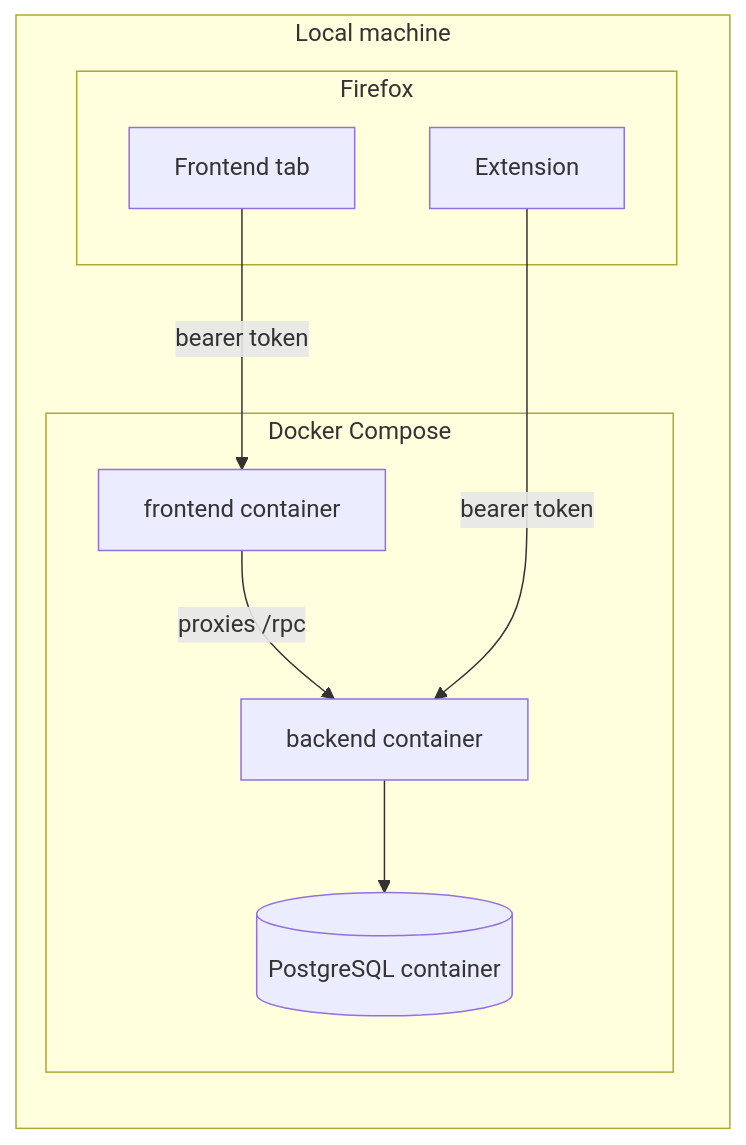
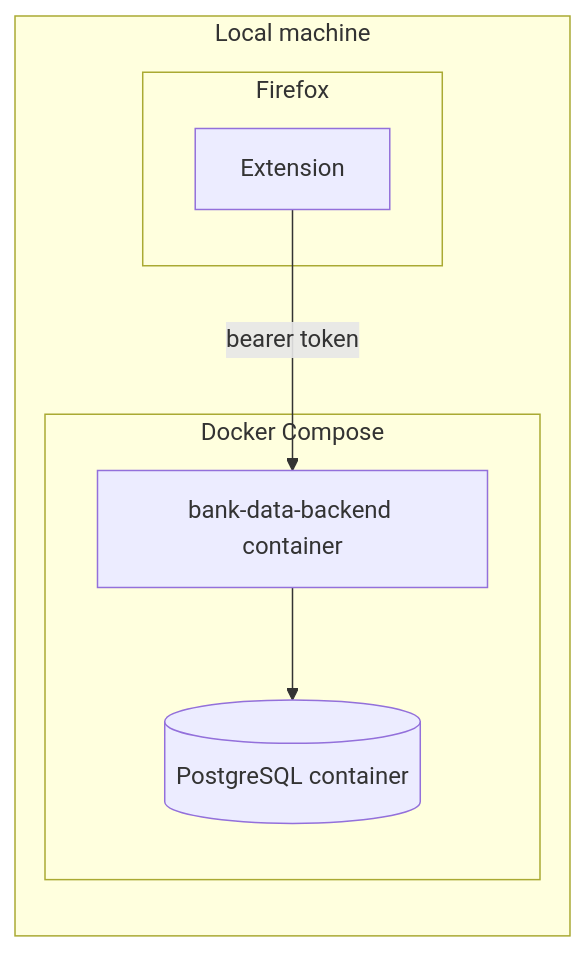
The fifth of 5 diagrams in docs/architecture.md (lennartmoeller/finance-tracker), drawn with Mermaid before and after one commit. The commit also changed other lines of this file and 53 other files, not shown here.

Commit message:
feat!: make the extension the bank data service's only interface (#15)

````diff
--- a/docs/architecture.md
+++ b/docs/architecture.md
@@ -139,18 +138,14 @@
 ```mermaid
 flowchart LR
   subgraph machine["Local machine"]
     subgraph compose["Docker Compose"]
-      fe["frontend container"]
-      be["backend container"]
+      be["bank-data-backend container"]
       pg[("PostgreSQL container")]
     end
     subgraph browser["Firefox"]
-      tab["Frontend tab"]
       ext["Extension"]
     end
   end
-  tab -- "bearer token" --> fe
-  fe -- "proxies /rpc" --> be
   ext -- "bearer token" --> be
   be --> pg
 ```
````
